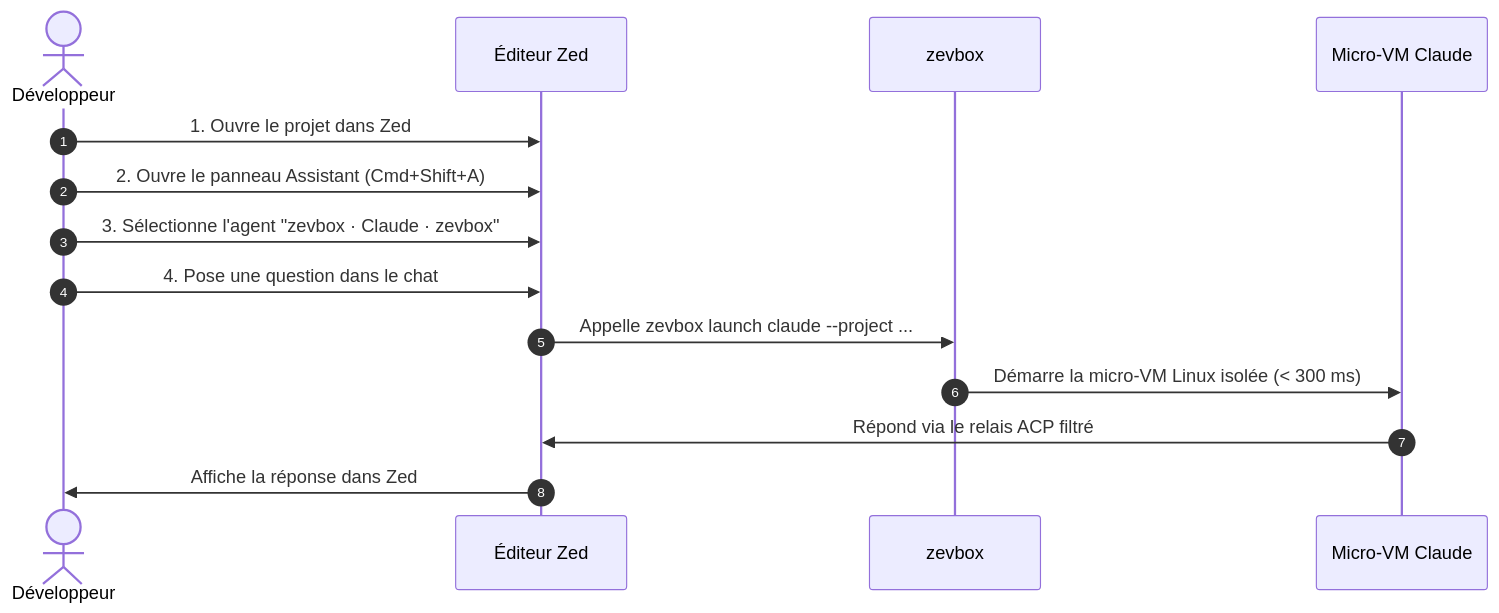
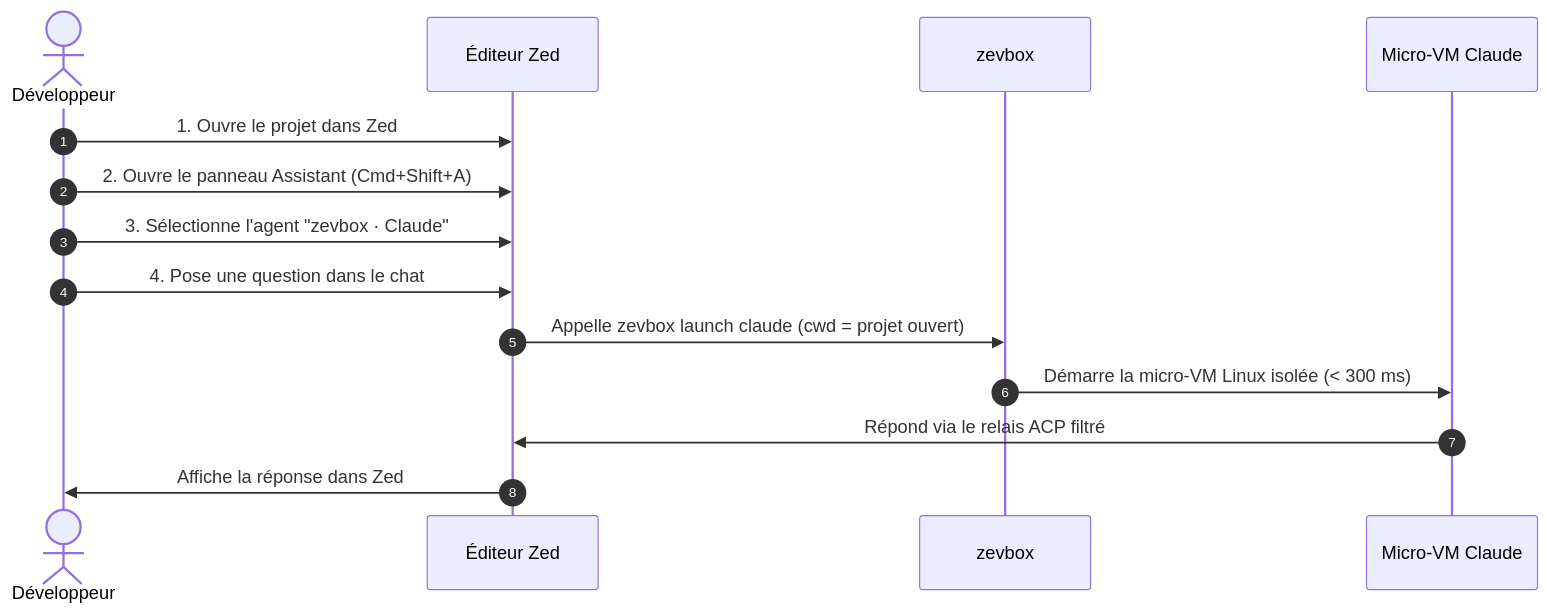
Before and after one commit to brainztorm/zevbox: the third of 3 diagrams in docs/MANUEL_UTILISATEUR.md, drawn with Mermaid. The commit also changed other lines of this file and 13 other files, not shown here.

First line of the commit message:
r1: one Zed entry per agent, project taken from the working directory

````diff
--- a/docs/MANUEL_UTILISATEUR.md
+++ b/docs/MANUEL_UTILISATEUR.md
@@ -257,17 +257,17 @@
 ```mermaid
 sequenceDiagram
     autonumber
     actor User as Développeur
     participant Zed as Éditeur Zed
     participant Zevbox as zevbox
     participant VM as Micro-VM Claude
 
     User->>Zed: 1. Ouvre le projet dans Zed
     User->>Zed: 2. Ouvre le panneau Assistant (Cmd+Shift+A)
-    User->>Zed: 3. Sélectionne l'agent "zevbox · Claude · zevbox"
+    User->>Zed: 3. Sélectionne l'agent "zevbox · Claude"
     User->>Zed: 4. Pose une question dans le chat
-    Zed->>Zevbox: Appelle zevbox launch claude --project ...
+    Zed->>Zevbox: Appelle zevbox launch claude (cwd = projet ouvert)
     Zevbox->>VM: Démarre la micro-VM Linux isolée (< 300 ms)
     VM->>Zed: Répond via le relais ACP filtré
     Zed->>User: Affiche la réponse dans Zed
 ```
````
